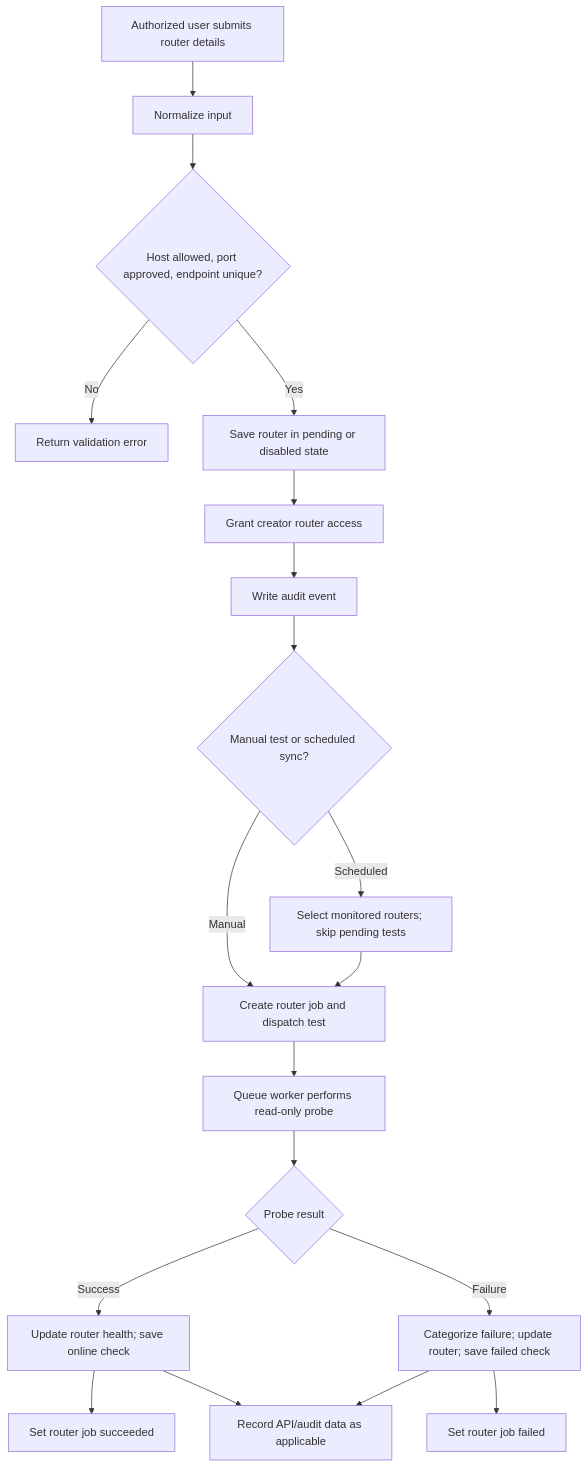
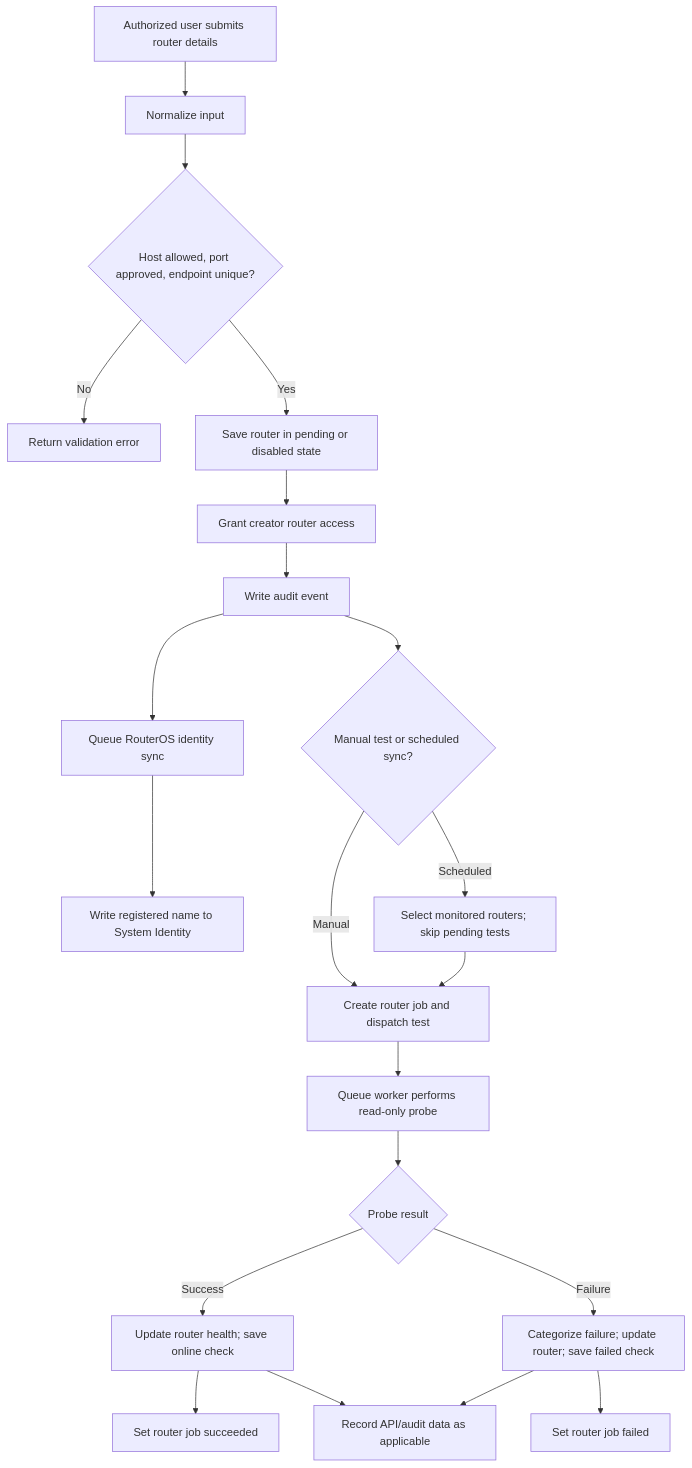
One commit to mmutech/mikrotic-manager changed the second of 5 diagrams in docs/PROCESS_FLOWS_AND_TEST_CASES.md. Above: the diagram before and after it, drawn with Mermaid. The commit also changed other lines of this file and 36 other files, not shown here.

````diff
--- a/docs/PROCESS_FLOWS_AND_TEST_CASES.md
+++ b/docs/PROCESS_FLOWS_AND_TEST_CASES.md
@@ -26,21 +26,23 @@
 ```mermaid
 flowchart TD
     A[Authorized user submits router details] --> B[Normalize input]
     B --> C{Host allowed, port approved, endpoint unique?}
     C -->|No| D[Return validation error]
     C -->|Yes| E[Save router in pending or disabled state]
     E --> F[Grant creator router access]
     F --> G[Write audit event]
-    G --> H{Manual test or scheduled sync?}
-    H -->|Manual| I[Create router job and dispatch test]
-    H -->|Scheduled| J[Select monitored routers; skip pending tests]
-    J --> I
-    I --> K[Queue worker performs read-only probe]
-    K --> L{Probe result}
-    L -->|Success| M[Update router health; save online check]
-    L -->|Failure| N[Categorize failure; update router; save failed check]
-    M --> O[Set router job succeeded]
-    N --> P[Set router job failed]
-    M --> Q[Record API/audit data as applicable]
-    N --> Q
+    G --> H[Queue RouterOS identity sync]
+    H --> I[Write registered name to System Identity]
+    G --> J{Manual test or scheduled sync?}
+    J -->|Manual| K[Create router job and dispatch test]
+    J -->|Scheduled| L[Select monitored routers; skip pending tests]
+    L --> K
+    K --> M[Queue worker performs read-only probe]
+    M --> N{Probe result}
+    N -->|Success| O[Update router health; save online check]
+    N -->|Failure| P[Categorize failure; update router; save failed check]
+    O --> Q[Set router job succeeded]
+    P --> R[Set router job failed]
+    O --> S[Record API/audit data as applicable]
+    P --> S
 ```
````
